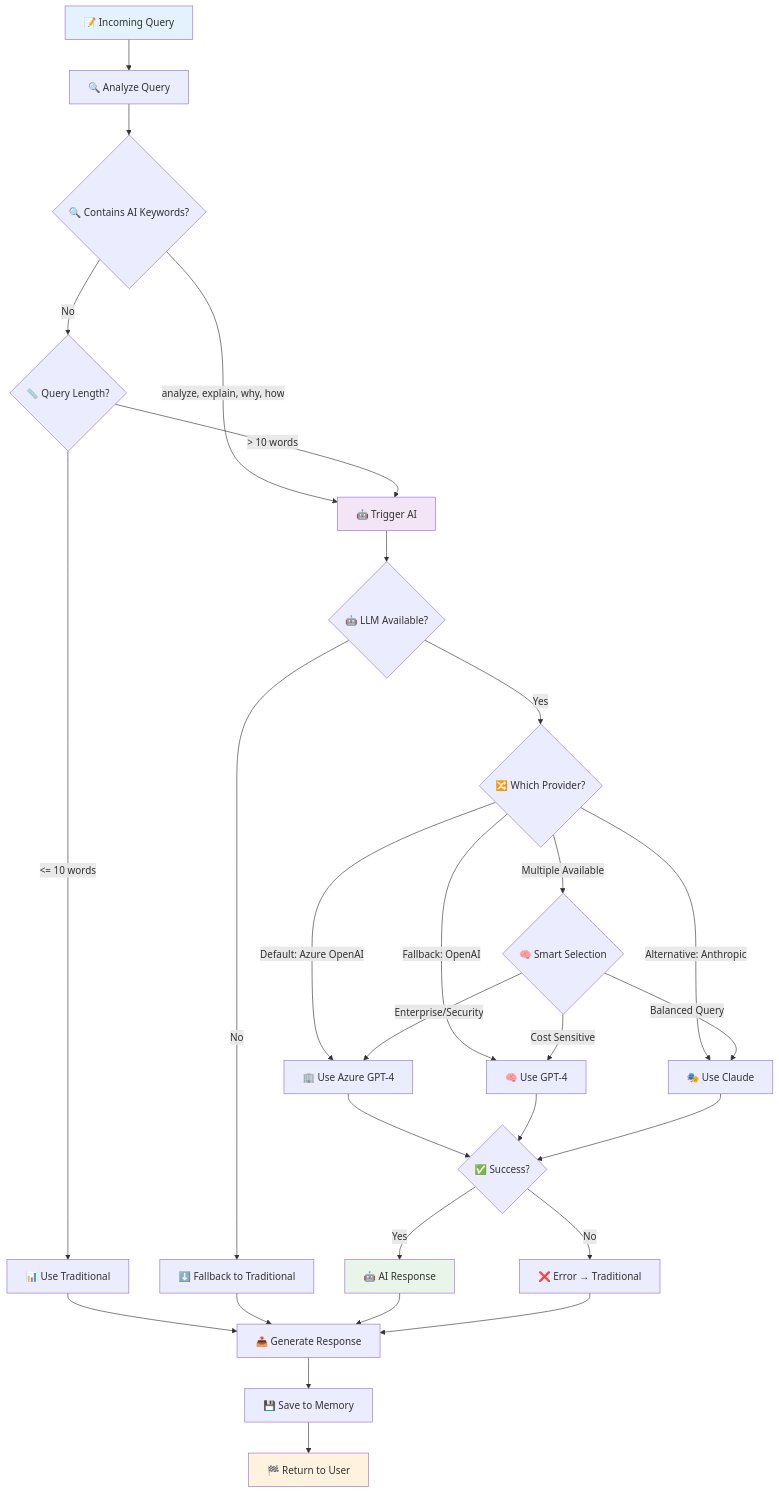
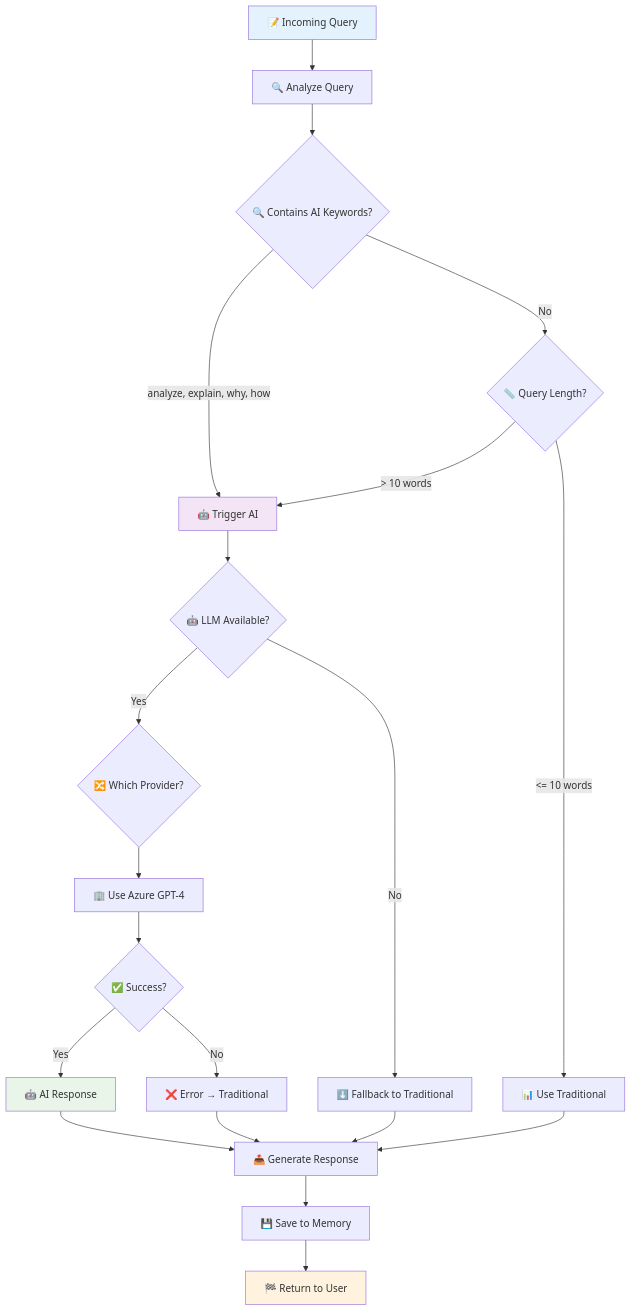
One commit to WatkinsGreen/chatter changed the third of 6 diagrams in docs/system-flowchart.md. Above: the diagram before and after it, drawn with Mermaid. The commit also changed other lines of this file and 6 other files, not shown here.

First line of the commit message:
Simplify to Azure OpenAI only configuration

````diff
--- a/docs/system-flowchart.md
+++ b/docs/system-flowchart.md
@@ -101,44 +97,35 @@
 ```mermaid
 flowchart TD
     Query[📝 Incoming Query] --> Analyze[🔍 Analyze Query]
     
     Analyze --> Keywords{🔍 Contains AI Keywords?}
     Keywords -->|analyze, explain, why, how| TriggerAI[🤖 Trigger AI]
     Keywords -->|No| Length{📏 Query Length?}
     
     Length -->|> 10 words| TriggerAI
     Length -->|<= 10 words| Traditional[📊 Use Traditional]
     
     TriggerAI --> Available{🤖 LLM Available?}
     Available -->|Yes| ChooseProvider{🔀 Which Provider?}
     Available -->|No| Fallback[⬇️ Fallback to Traditional]
     
-    ChooseProvider -->|Default: Azure OpenAI| AzureOpenAI[🏢 Use Azure GPT-4]
-    ChooseProvider -->|Fallback: OpenAI| OpenAI[🧠 Use GPT-4]
-    ChooseProvider -->|Alternative: Anthropic| Anthropic[🎭 Use Claude]
-    ChooseProvider -->|Multiple Available| Smart{🧠 Smart Selection}
-    
-    Smart -->|Enterprise/Security| AzureOpenAI
-    Smart -->|Cost Sensitive| OpenAI
-    Smart -->|Balanced Query| Anthropic
+    ChooseProvider --> AzureOpenAI[🏢 Use Azure GPT-4]
     
     AzureOpenAI --> Success{✅ Success?}
-    OpenAI --> Success
-    Anthropic --> Success
     Traditional --> Response[📤 Generate Response]
     Fallback --> Response
     
     Success -->|Yes| AIResponse[🤖 AI Response]
     Success -->|No| ErrorFallback[❌ Error → Traditional]
     
     AIResponse --> Response
     ErrorFallback --> Response
     
     Response --> Memory[💾 Save to Memory]
     Memory --> End[🏁 Return to User]
     
     style Query fill:#e3f2fd
     style TriggerAI fill:#f3e5f5
     style AIResponse fill:#e8f5e8
     style End fill:#fff3e0
 ```
````
